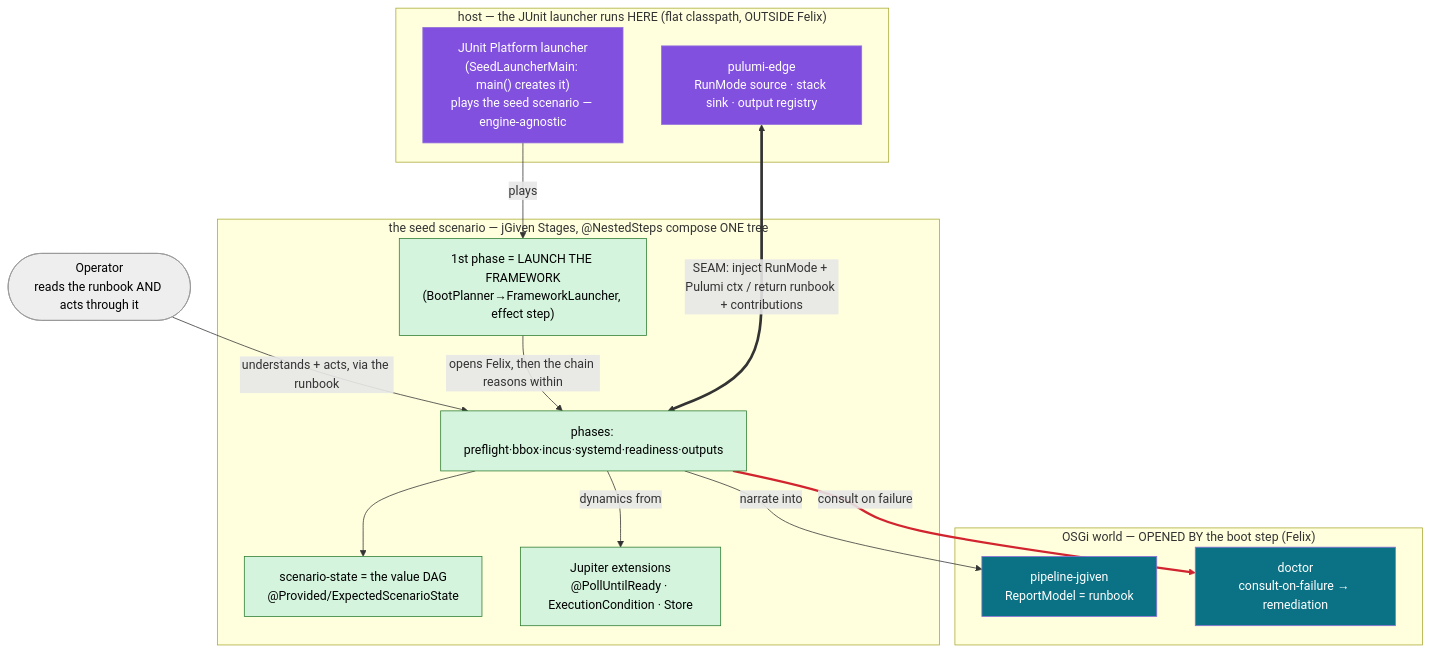
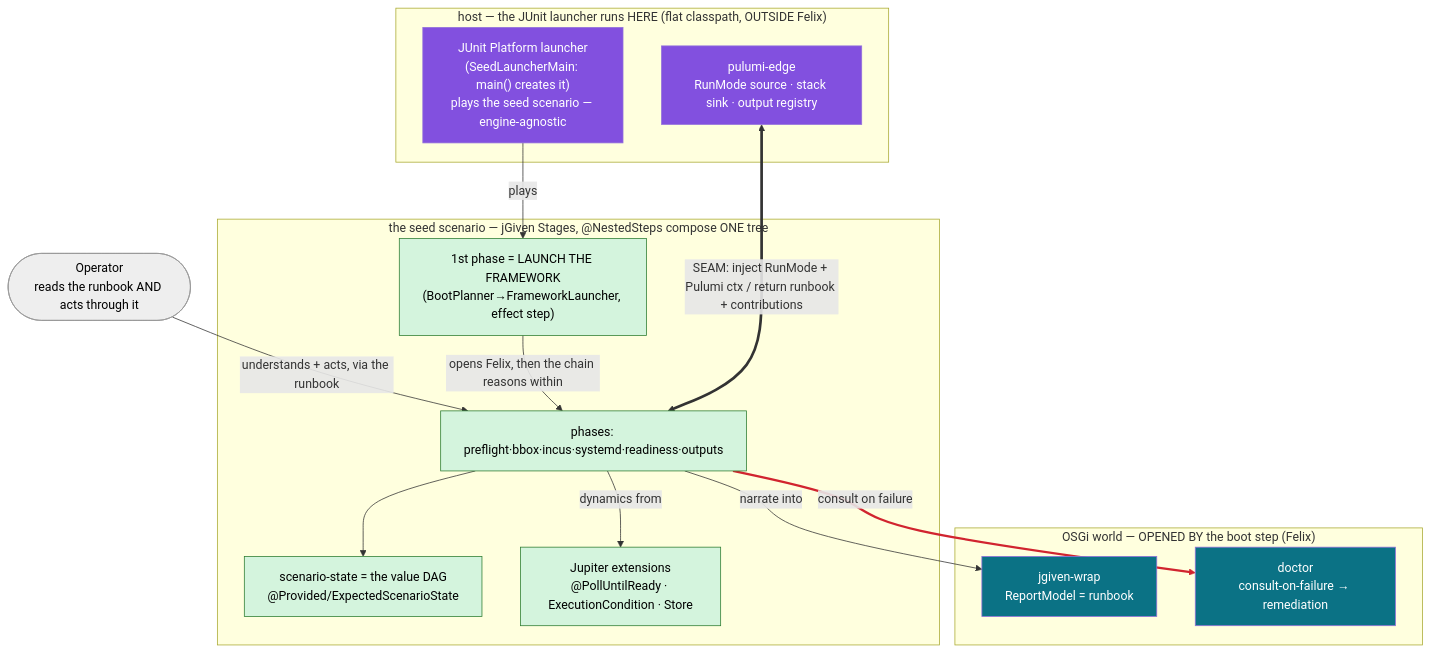
Before and after one commit to nxmatic/rke2lab: the third of 3 diagrams in docs/architecture/bdd/bdd.adoc, drawn with Mermaid. The commit also changed other lines of this file and 19 other files, not shown here.

```diff
--- a/docs/architecture/bdd/bdd.adoc
+++ b/docs/architecture/bdd/bdd.adoc
@@ -287,36 +287,36 @@
 [mermaid]
 ....
 flowchart TB
   operator(["Operator<br/>reads the runbook AND acts through it"])
   subgraph host["host — the JUnit launcher runs HERE (flat classpath, OUTSIDE Felix)"]
     launch["JUnit Platform launcher<br/>(SeedLauncherMain: main() creates it)<br/>plays the seed scenario — engine-agnostic"]
     edge["pulumi-edge<br/>RunMode source · stack sink · output registry"]
   end
   subgraph scn["the seed scenario — jGiven Stages, @NestedSteps compose ONE tree"]
     boot["1st phase = LAUNCH THE FRAMEWORK<br/>(BootPlanner→FrameworkLauncher, effect step)"]
     phases["phases: preflight·bbox·incus·systemd·readiness·outputs"]
     state["scenario-state = the value DAG<br/>@Provided/ExpectedScenarioState"]
     ext["Jupiter extensions<br/>@PollUntilReady · ExecutionCondition · Store"]
   end
   subgraph osgi["OSGi world — OPENED BY the boot step (Felix)"]
-    jg["pipeline-jgiven<br/>ReportModel = runbook"]
+    jg["jgiven-wrap<br/>ReportModel = runbook"]
     doctor["doctor<br/>consult-on-failure → remediation"]
   end
   operator -->|understands + acts, via the runbook| phases
   launch -->|plays| boot
   boot -->|opens Felix, then the chain reasons within| phases
   phases --> state
   phases -->|dynamics from| ext
   phases -->|narrate into| jg
   phases -->|consult on failure| doctor
   edge <==>|"SEAM: inject RunMode + Pulumi ctx / return runbook + contributions"| phases
   classDef world fill:#0b7285,color:#fff;
   classDef hostc fill:#8250df,color:#fff;
   classDef scnc fill:#d4f4dd,stroke:#2e7d32,color:#000;
   classDef person fill:#eee,stroke:#999,color:#000;
   class jg,doctor world
   class launch,edge hostc
   class boot,phases,state,ext scnc
   class operator person
   linkStyle 6 stroke:#d1242f,stroke-width:3px;
 ....
```
